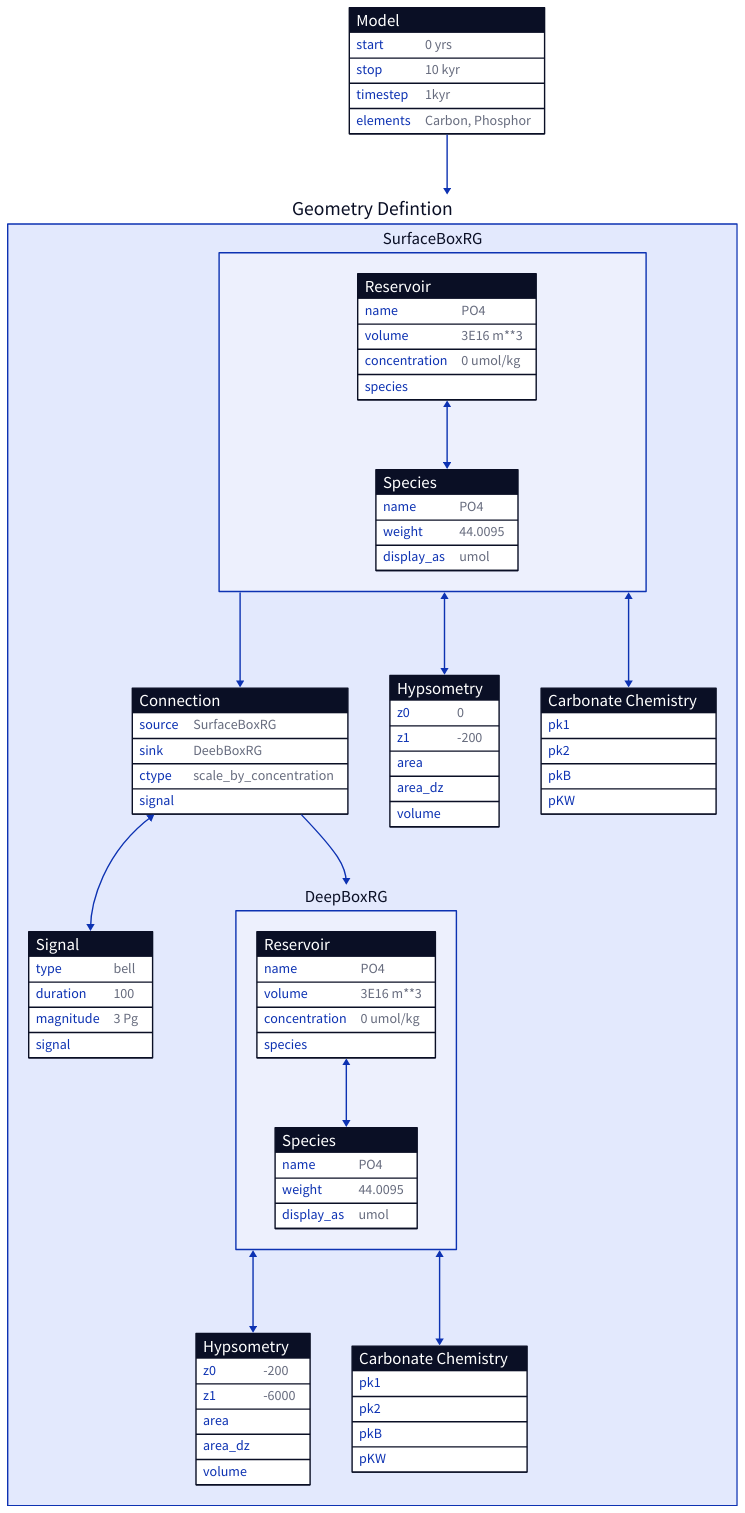
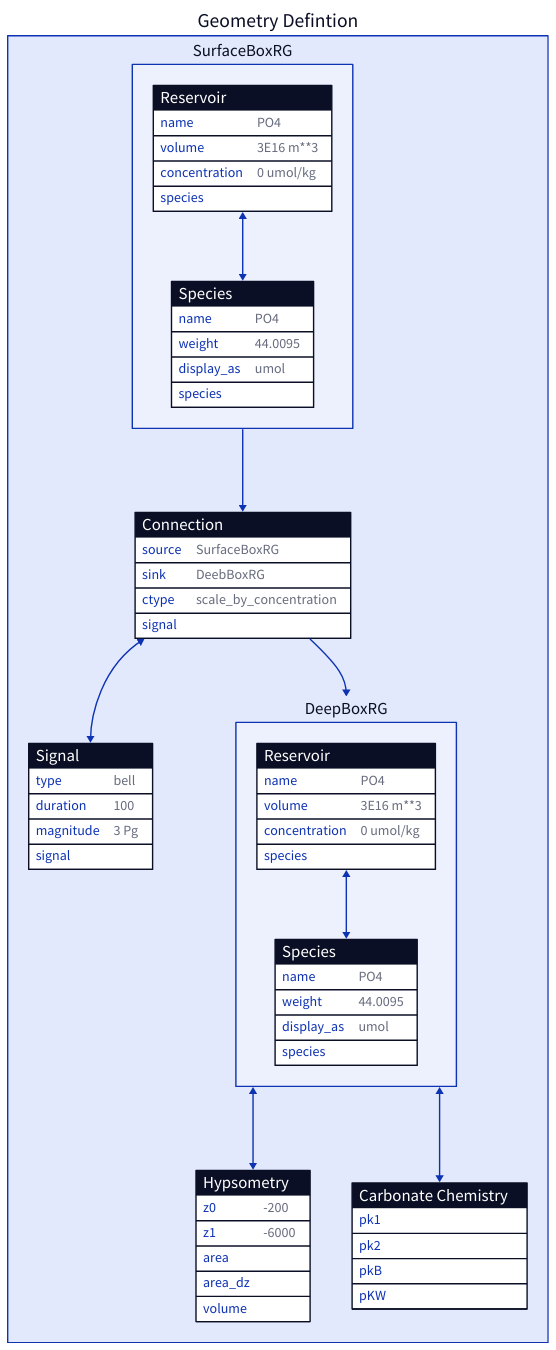
The diagram in docs/manual/model2.d2 (uliw/esbmtk), drawn with D2 before and after one commit. The commit also changed 2 other files, not shown here.

```diff
--- a/docs/manual/model2.d2
+++ b/docs/manual/model2.d2
@@ -1,105 +1,75 @@
-model: Model {
-  shape: sql_table
-
-  start: "0 yrs"
-  stop: "10 kyr"
-  timestep: "1kyr"
-  elements: "Carbon, Phosphor"
-}
-
 geometry: Geometry Defintion {
   direction: down
   sb: SurfaceBoxRG {
     rs: Reservoir {
       shape: sql_table
       name: "PO4"
       volume: "3E16 m**3"
       concentration: "0 umol/kg"
     }
 
     sp: Species {
       shape: sql_table
       name: PO4
       weight: 44.0095
       display_as: umol
     }
   }
 
   c: Connection {
     shape: sql_table
     source: SurfaceBoxRG
     sink: DeebBoxRG
     ctype: scale_by_concentration
   }
 
   s: Signal {
     shape: sql_table
     type: bell
     duration: 100
     magnitude: 3 Pg
   }
 
   db: DeepBoxRG {
     rd: Reservoir {
       shape: sql_table
       name: "PO4"
       volume: "3E16 m**3"
       concentration: "0 umol/kg"
     }
     sp: Species {
       shape: sql_table
       name: PO4
       weight: 44.0095
       display_as: umol
     }
   }
 
-  hypsp: Hypsometry {
-    shape: sql_table
-    z0: 0
-    z1: -200
-    area
-    area_dz
-    volume
-  }
   hypdb: Hypsometry {
     shape: sql_table
     z0: -200
     z1: -6000
     area
     area_dz
     volume
   }
-  cs_sb: Carbonate Chemistry {
-    shape: sql_table
-    pk1
-    pk2
-    pkB
-    pKW
-  }
-
   cs_db: Carbonate Chemistry {
     shape: sql_table
 
     pk1
     pk2
     pkB
     pKW
   }
 
   sb -> c
   c -> db
 
   c.signal <-> s.signal
 
-  sb.rs.species <-> sb.sp
-  db.rd.species <-> db.sp
+  sb.rs.species <-> sb.sp.species
+  db.rd.species <-> db.sp.species
 
-  sb <-> hypsp
   db <-> hypdb
-
-  sb <-> cs_sb
   db <-> cs_db
 }
-
-model -> geometry
```
